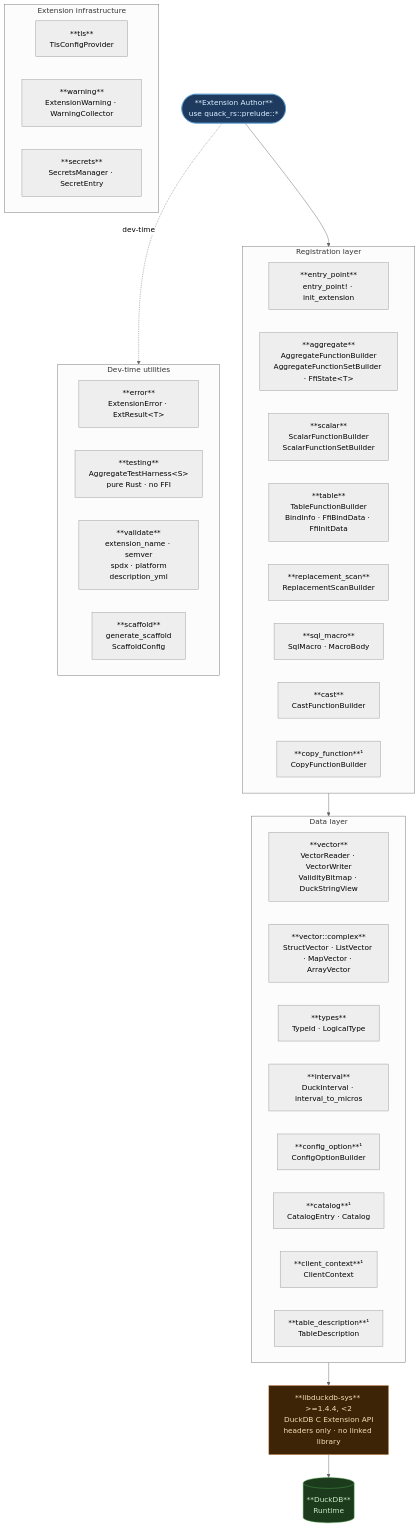
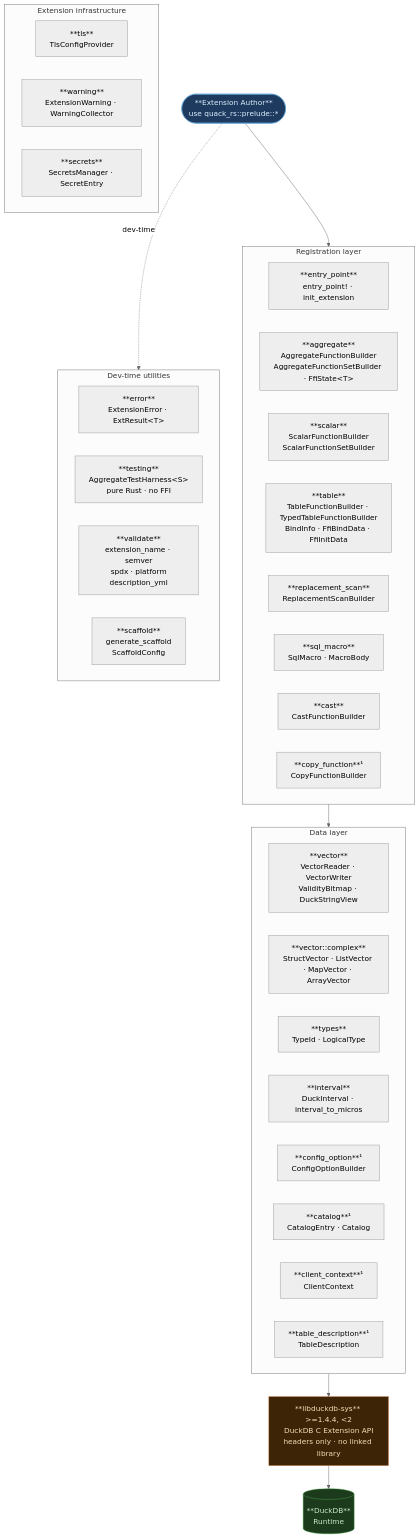
The diagram in README.md (killzoner/quack-rs), drawn with Mermaid (neutral theme) before and after one commit. The commit also changed other lines of this file and 7 other files, not shown here.

````diff
--- a/README.md
+++ b/README.md
@@ -587,57 +587,57 @@
 ```mermaid
 flowchart TB
     Author(["**Extension Author**<br/>use quack_rs::prelude::*"]):::author
 
     subgraph REG ["Registration layer"]
         direction LR
         EP["**entry_point**<br/>entry_point! · init_extension"]
         AGG["**aggregate**<br/>AggregateFunctionBuilder<br/>AggregateFunctionSetBuilder · FfiState&lt;T&gt;"]
         SCL["**scalar**<br/>ScalarFunctionBuilder<br/>ScalarFunctionSetBuilder"]
-        TBL["**table**<br/>TableFunctionBuilder<br/>BindInfo · FfiBindData · FfiInitData"]
+        TBL["**table**<br/>TableFunctionBuilder · TypedTableFunctionBuilder<br/>BindInfo · FfiBindData · FfiInitData"]
         RSC["**replacement_scan**<br/>ReplacementScanBuilder"]
         SM["**sql_macro**<br/>SqlMacro · MacroBody"]
         CST["**cast**<br/>CastFunctionBuilder"]
         CPY["**copy_function**¹<br/>CopyFunctionBuilder"]
     end
 
     subgraph DATA ["Data layer"]
         direction LR
         VEC["**vector**<br/>VectorReader · VectorWriter<br/>ValidityBitmap · DuckStringView"]
         CMP["**vector::complex**<br/>StructVector · ListVector · MapVector · ArrayVector"]
         TYP["**types**<br/>TypeId · LogicalType"]
         INT["**interval**<br/>DuckInterval · interval_to_micros"]
         CFG["**config_option**¹<br/>ConfigOptionBuilder"]
         CAT["**catalog**¹<br/>CatalogEntry · Catalog"]
         CTX["**client_context**¹<br/>ClientContext"]
         TDS["**table_description**¹<br/>TableDescription"]
     end
 
     SYS["**libduckdb-sys** >=1.4.4, &lt;2<br/>DuckDB C Extension API<br/>headers only · no linked library"]:::ffi
 
     RT[("**DuckDB**<br/>Runtime")]:::duckdb
 
     subgraph EXT ["Extension infrastructure"]
         direction LR
         TLS["**tls**<br/>TlsConfigProvider"]
         WRN["**warning**<br/>ExtensionWarning · WarningCollector"]
         SEC["**secrets**<br/>SecretsManager · SecretEntry"]
     end
 
     subgraph DEV ["Dev-time utilities"]
         direction LR
         ERR["**error**<br/>ExtensionError · ExtResult&lt;T&gt;"]
         TST["**testing**<br/>AggregateTestHarness&lt;S&gt;<br/>pure Rust · no FFI"]
         VAL["**validate**<br/>extension_name · semver<br/>spdx · platform<br/>description_yml"]
         SCF["**scaffold**<br/>generate_scaffold<br/>ScaffoldConfig"]
     end
 
     Author --> REG
     REG    --> DATA
     DATA   --> SYS
     SYS    --> RT
     Author -.->|"dev-time"| DEV
 
     classDef author fill:#1e3a5f,stroke:#5a9fd4,color:#ddf0ff
     classDef ffi fill:#3d2406,stroke:#c87941,color:#f5dbb4
     classDef duckdb fill:#1c3b1c,stroke:#4a9e4a,color:#c8ecc8
 ```
````
